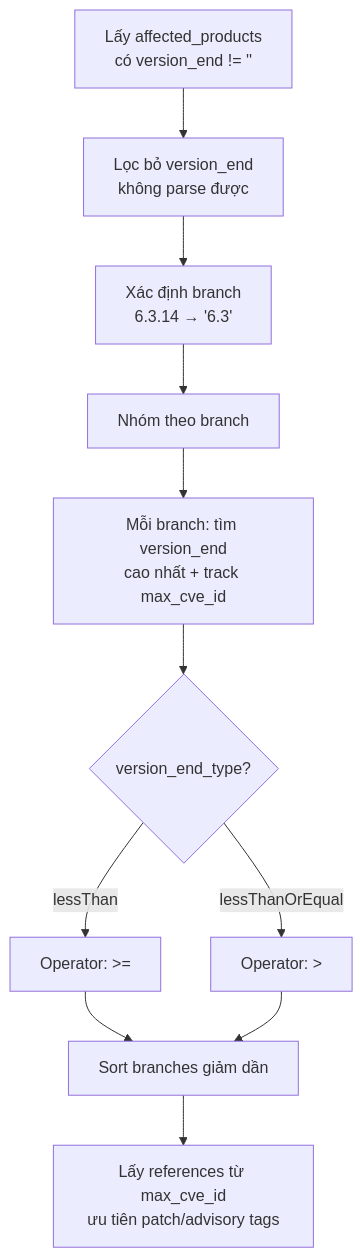
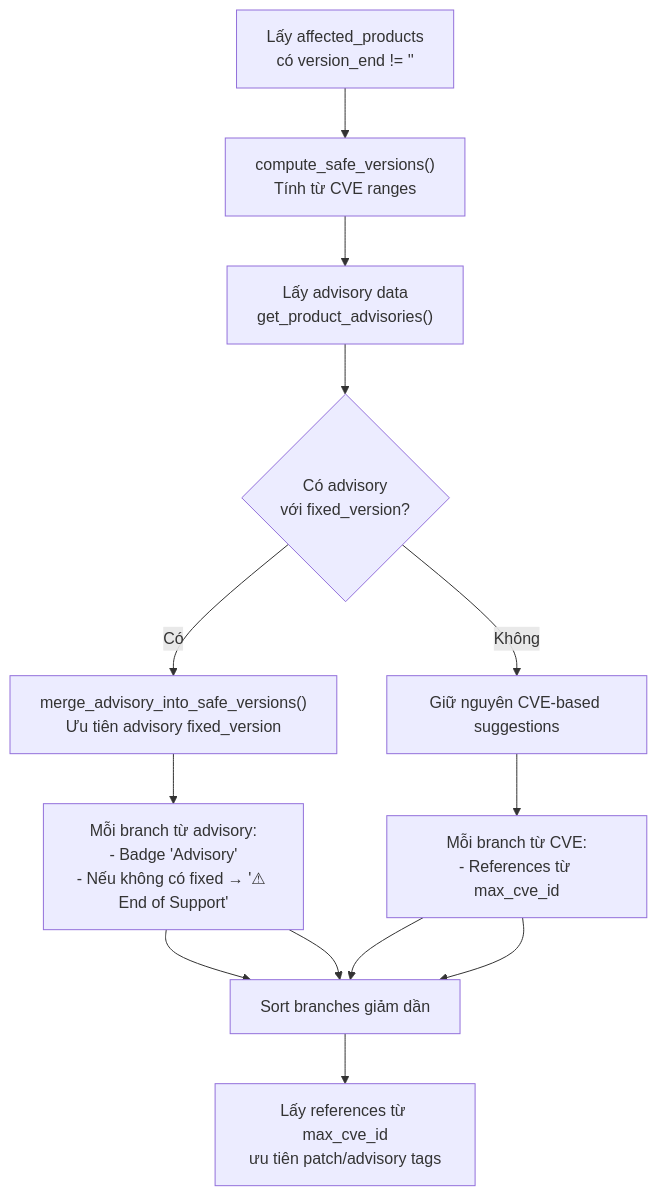
The third of 3 diagrams in .kiro/specs/cve-database-website/design.md (haunvsec/Secure-software), drawn with Mermaid before and after one commit. The commit also changed other lines of this file and 86 other files, not shown here.

````diff
--- a/.kiro/specs/cve-database-website/design.md
+++ b/.kiro/specs/cve-database-website/design.md
@@ -299,13 +415,15 @@
 ```mermaid
 flowchart TD
-    A["Lấy affected_products<br/>có version_end != ''"] --> B["Lọc bỏ version_end<br/>không parse được"]
-    B --> C["Xác định branch<br/>6.3.14 → '6.3'"]
-    C --> D["Nhóm theo branch"]
-    D --> E["Mỗi branch: tìm version_end<br/>cao nhất + track max_cve_id"]
-    E --> F{"version_end_type?"}
-    F -->|lessThan| G["Operator: >="]
-    F -->|lessThanOrEqual| H["Operator: >"]
+    A["Lấy affected_products<br/>có version_end != ''"] --> B["compute_safe_versions()<br/>Tính từ CVE ranges"]
+    B --> C["Lấy advisory data<br/>get_product_advisories()"]
+    C --> D{"Có advisory<br/>với fixed_version?"}
+    D -->|Có| E["merge_advisory_into_safe_versions()<br/>Ưu tiên advisory fixed_version"]
+    D -->|Không| F["Giữ nguyên CVE-based suggestions"]
+    E --> G["Mỗi branch từ advisory:<br/>- Badge 'Advisory'<br/>- Nếu không có fixed → '⚠ End of Support'"]
+    F --> H["Mỗi branch từ CVE:<br/>- References từ max_cve_id"]
+    G --> I["Hiển thị bảng safe versions"]
+    H --> I
     G --> I["Sort branches giảm dần"]
     H --> I
     I --> J["Lấy references từ max_cve_id<br/>ưu tiên patch/advisory tags"]
 ```
````
